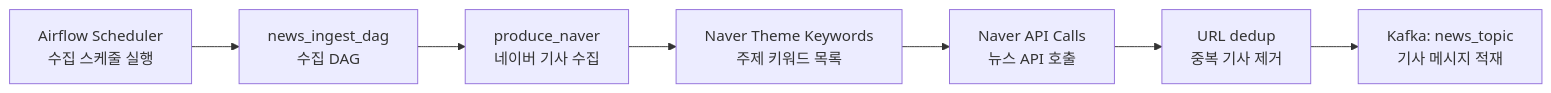
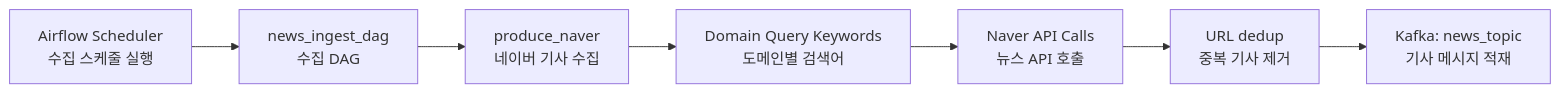
Before and after one commit to yeongmin-yu/news-trend-pipeline-dev: the first of 2 diagrams in docs/design/STEP2_SPARK.md, drawn with Mermaid. The commit also changed other lines of this file, not shown here.

Commit message:
docs: align step2 spark doc with current db schema split

````diff
--- a/docs/design/STEP2_SPARK.md
+++ b/docs/design/STEP2_SPARK.md
@@ -11,9 +11,9 @@
 ```mermaid
 flowchart LR
     A["Airflow Scheduler<br/>수집 스케줄 실행"] --> B["news_ingest_dag<br/>수집 DAG"]
     B --> C["produce_naver<br/>네이버 기사 수집"]
-    C --> D["Naver Theme Keywords<br/>주제 키워드 목록"]
+    C --> D["Domain Query Keywords<br/>도메인별 검색어"]
     D --> E["Naver API Calls<br/>뉴스 API 호출"]
     E --> F["URL dedup<br/>중복 기사 제거"]
     F --> G["Kafka: news_topic<br/>기사 메시지 적재"]
 ```
````
